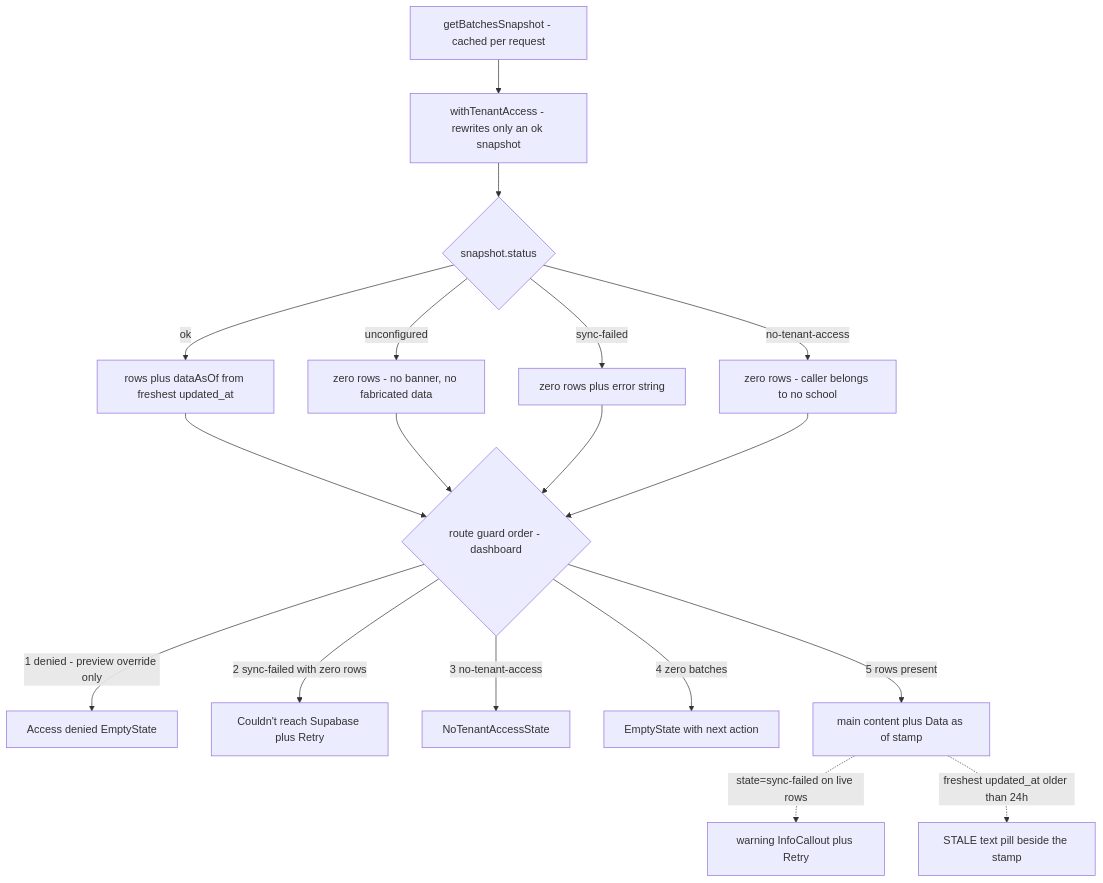
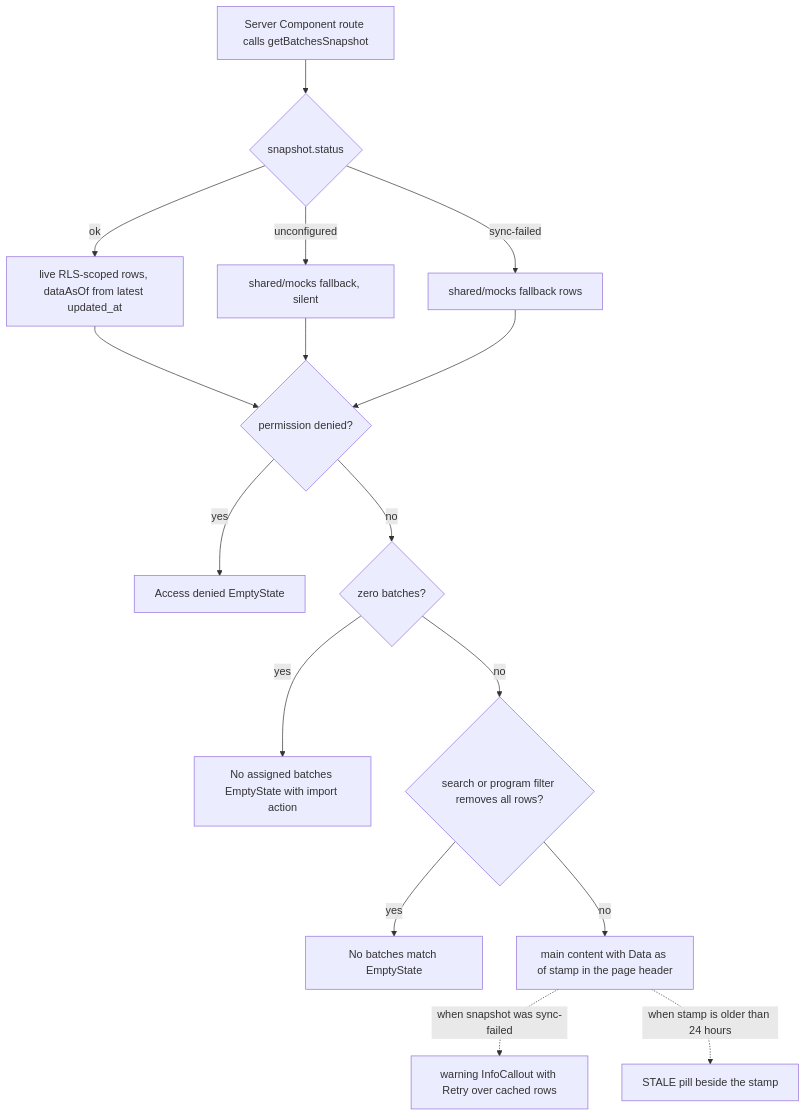
One commit to shuakyle21/tesda-compliance-manager changed the second of 2 diagrams in openwiki/architecture/design-system.md. Above: the diagram before and after it, drawn with Mermaid. The commit also changed other lines of this file and 2 other files, not shown here.

First line of the commit message:
docs(openwiki): update design-system style architecture claim

````diff
--- a/openwiki/architecture/design-system.md
+++ b/openwiki/architecture/design-system.md
@@ -237,20 +117,18 @@
 ```mermaid
 flowchart TD
-    snap["getBatchesSnapshot - cached per request"] --> fold["withTenantAccess - rewrites only an ok snapshot"]
-    fold --> status{"snapshot.status"}
-    status -->|"ok"| live["rows plus dataAsOf from freshest updated_at"]
-    status -->|"unconfigured"| unconf["zero rows - no banner, no fabricated data"]
-    status -->|"sync-failed"| failed["zero rows plus error string"]
-    status -->|"no-tenant-access"| notaschool["zero rows - caller belongs to no school"]
-    live --> guards{"route guard order - dashboard"}
-    unconf --> guards
-    failed --> guards
-    notaschool --> guards
-    guards -->|"1 denied - preview override only"| deniedUI["Access denied EmptyState"]
-    guards -->|"2 sync-failed with zero rows"| failedUI["Couldn't reach Supabase plus Retry"]
-    guards -->|"3 no-tenant-access"| noTenantUI["NoTenantAccessState"]
-    guards -->|"4 zero batches"| emptyUI["EmptyState with next action"]
-    guards -->|"5 rows present"| content["main content plus Data as of stamp"]
-    content -.->|"state=sync-failed on live rows"| banner["warning InfoCallout plus Retry"]
-    content -.->|"freshest updated_at older than 24h"| stalepill["STALE text pill beside the stamp"]
+    fetch["Server Component route calls getBatchesSnapshot"] --> status{"snapshot.status"}
+    status -->|"ok"| live["live RLS-scoped rows, dataAsOf from latest updated_at"]
+    status -->|"unconfigured"| mocks["shared/mocks fallback, silent"]
+    status -->|"sync-failed"| cached["shared/mocks fallback rows"]
+    live --> denied{"permission denied?"}
+    mocks --> denied
+    cached --> denied
+    denied -->|"yes"| deniedUI["Access denied EmptyState"]
+    denied -->|"no"| empty{"zero batches?"}
+    empty -->|"yes"| emptyUI["No assigned batches EmptyState with import action"]
+    empty -->|"no"| filtered{"search or program filter removes all rows?"}
+    filtered -->|"yes"| noResultsUI["No batches match EmptyState"]
+    filtered -->|"no"| content["main content with Data as of stamp in the page header"]
+    content -.->|"when snapshot was sync-failed"| banner["warning InfoCallout with Retry over cached rows"]
+    content -.->|"when stamp is older than 24 hours"| stalepill["STALE pill beside the stamp"]
 ```
````
